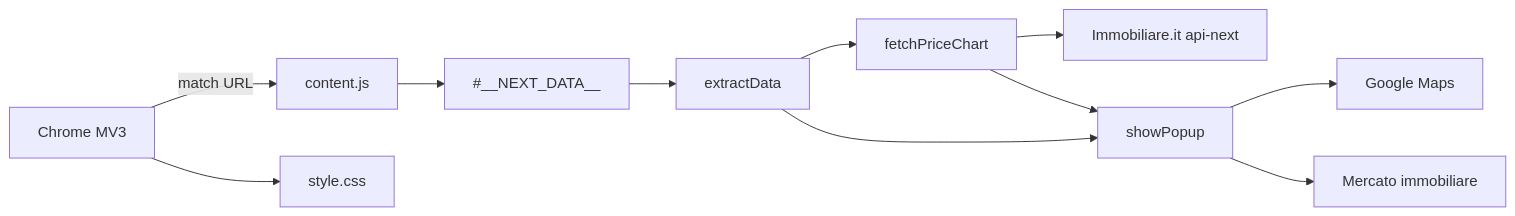
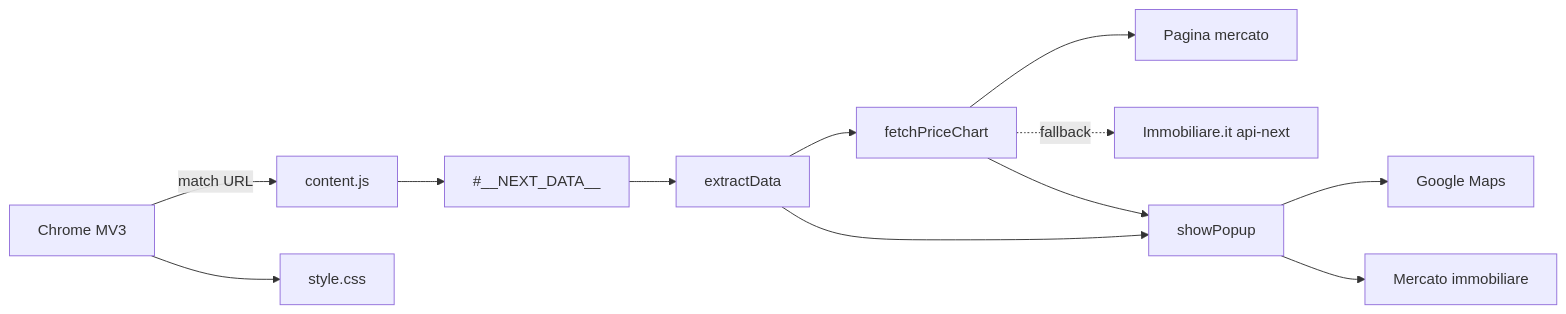
The diagram in docs/ARCHITECTURE.md (riccadema/immobiliare.it-insignt), drawn with Mermaid before and after one commit. The commit also changed other lines of this file and 13 other files, not shown here.

````diff
--- a/docs/ARCHITECTURE.md
+++ b/docs/ARCHITECTURE.md
@@ -7,13 +7,14 @@
 ```mermaid
 flowchart LR
     Chrome[Chrome MV3] -->|match URL| CS[content.js]
     Chrome --> CSS[style.css]
     CS --> NextData[#__NEXT_DATA__]
     NextData --> Extract[extractData]
     Extract --> Chart[fetchPriceChart]
-    Chart --> API[Immobiliare.it api-next]
+    Chart --> MarketPage[Pagina mercato]
+    Chart -. fallback .-> API[Immobiliare.it api-next]
     Extract --> Popup[showPopup]
     Chart --> Popup
     Popup --> Maps[Google Maps]
     Popup --> Market[Mercato immobiliare]
 ```
````
